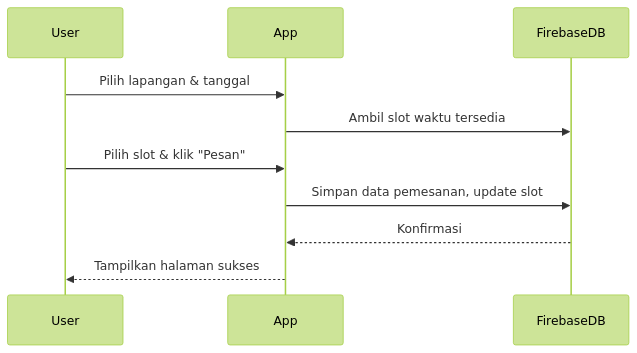
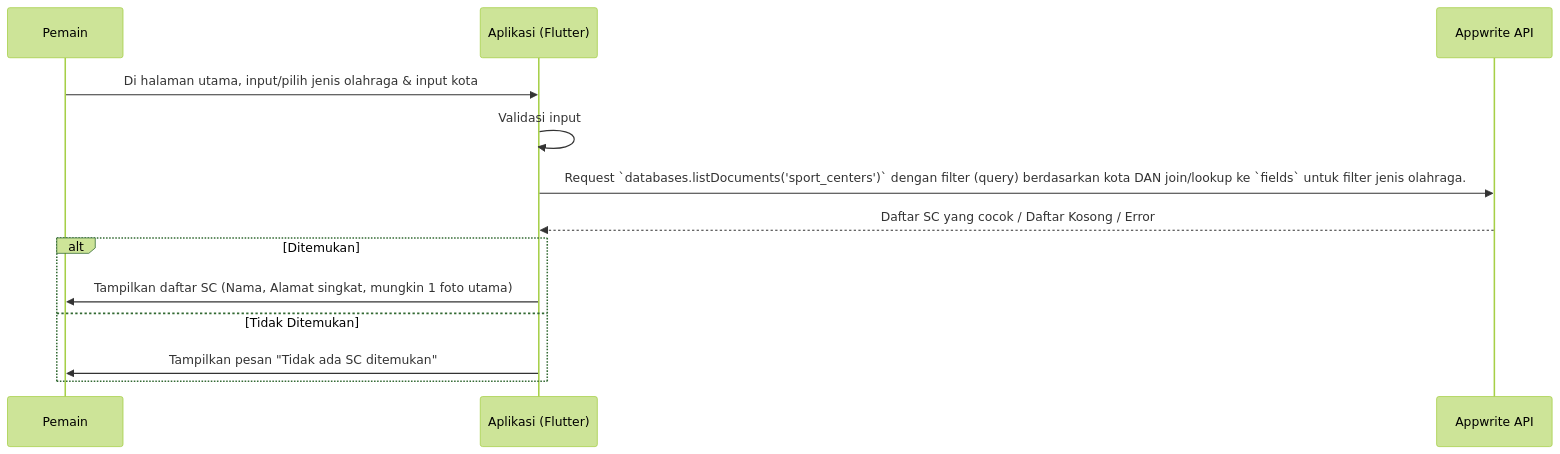
Before and after one commit to m-gilang-1248/gsports_md: the fourth of 7 diagrams in dokumen_srs-[Gilang-221240001248].md, drawn with Mermaid (forest theme). The commit also changed other lines of this file and 1 other file, not shown here.

````diff
--- a/dokumen_srs-[Gilang-221240001248].md
+++ b/dokumen_srs-[Gilang-221240001248].md
@@ -120,13 +160,16 @@
-```mermaid
-sequenceDiagram
-    participant User
-    participant App
-    participant FirebaseDB
+    ```mermaid
+    sequenceDiagram
+        participant P as Pemain
+        participant App as Aplikasi (Flutter)
+        participant API as Appwrite API
 
-    User->>App: Pilih lapangan & tanggal
-    App->>FirebaseDB: Ambil slot waktu tersedia
-    User->>App: Pilih slot & klik "Pesan"
-    App->>FirebaseDB: Simpan data pemesanan, update slot
-    FirebaseDB-->>App: Konfirmasi
-    App-->>User: Tampilkan halaman sukses
-```
+        P->>App: Di halaman utama, input/pilih jenis olahraga & input kota
+        App->>App: Validasi input
+        App->>API: Request `databases.listDocuments('sport_centers')` dengan filter (query) berdasarkan kota DAN join/lookup ke `fields` untuk filter jenis olahraga.
+        API-->>App: Daftar SC yang cocok / Daftar Kosong / Error
+        alt Ditemukan
+            App->>P: Tampilkan daftar SC (Nama, Alamat singkat, mungkin 1 foto utama)
+        else Tidak Ditemukan
+            App->>P: Tampilkan pesan "Tidak ada SC ditemukan"
+        end
+    ```
````
